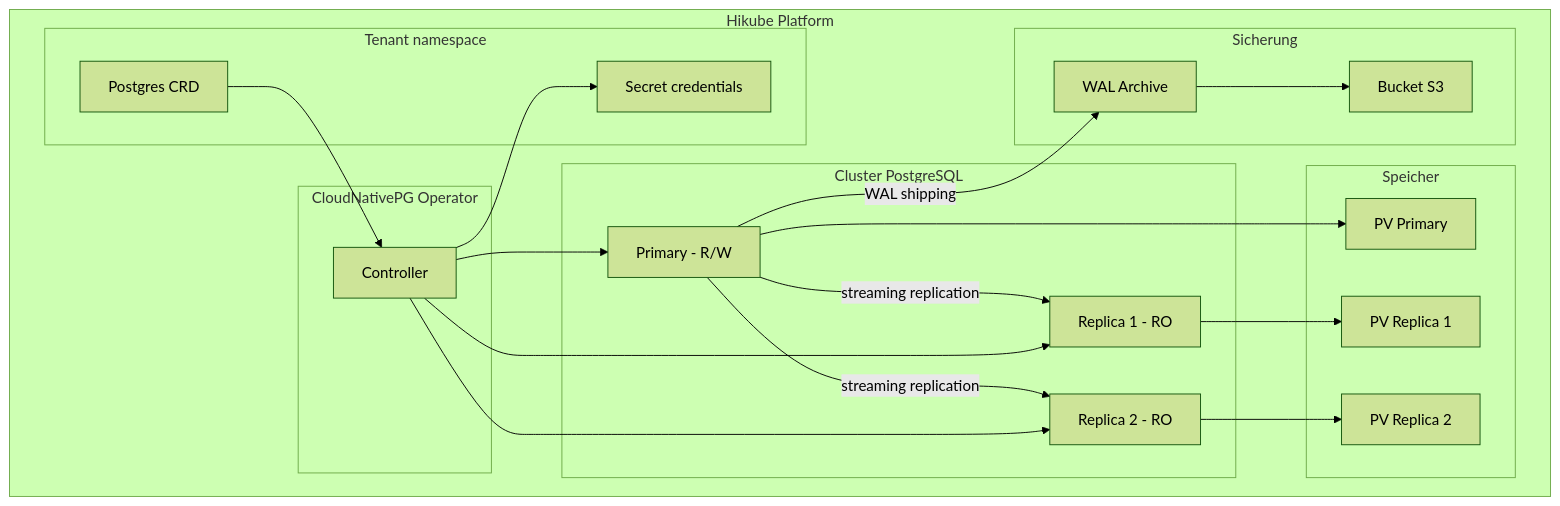
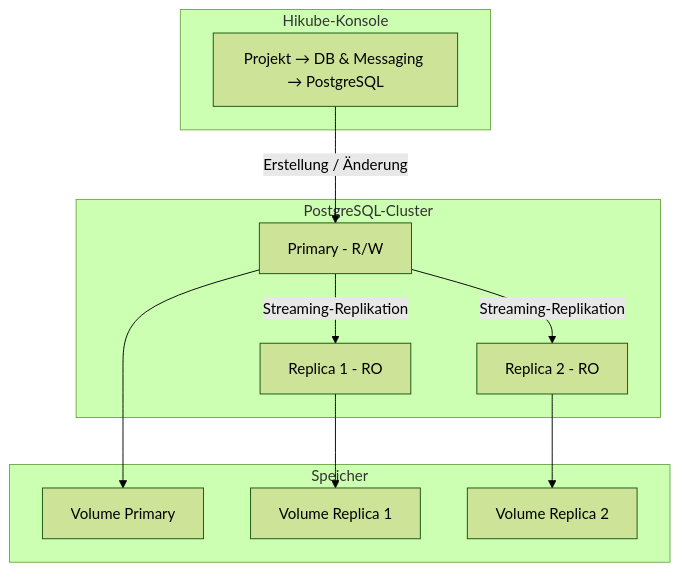
Before and after one commit to HidoraSwiss/hikube-public-doc: the first of 2 diagrams in i18n/de/docusaurus-plugin-content-docs/current/services/databases/postgresql/concepts.md, drawn with Mermaid (forest theme). The commit also changed other lines of this file and 148 other files, not shown here.

````diff
--- a/i18n/de/docusaurus-plugin-content-docs/current/services/databases/postgresql/concepts.md
+++ b/i18n/de/docusaurus-plugin-content-docs/current/services/databases/postgresql/concepts.md
@@ -12,43 +12,25 @@
 ```mermaid
 graph TB
-    subgraph "Hikube Platform"
-        subgraph "Tenant namespace"
-            CR[Postgres CRD]
-            SEC[Secret credentials]
-        end
-
-        subgraph "CloudNativePG Operator"
-            OP[Controller]
-        end
-
-        subgraph "Cluster PostgreSQL"
-            P[Primary - R/W]
-            R1[Replica 1 - RO]
-            R2[Replica 2 - RO]
-        end
-
-        subgraph "Speicher"
-            PV1[PV Primary]
-            PV2[PV Replica 1]
-            PV3[PV Replica 2]
-        end
-
-        subgraph "Sicherung"
-            S3[Bucket S3]
-            WAL[WAL Archive]
-        end
+    subgraph "Hikube-Konsole"
+        UI[Projekt → DB & Messaging → PostgreSQL]
     end
 
-    CR --> OP
-    OP --> P
-    OP --> R1
-    OP --> R2
-    P -->|streaming replication| R1
-    P -->|streaming replication| R2
+    subgraph "PostgreSQL-Cluster"
+        P[Primary - R/W]
+        R1[Replica 1 - RO]
+        R2[Replica 2 - RO]
+    end
+
+    subgraph "Speicher"
+        PV1[Volume Primary]
+        PV2[Volume Replica 1]
+        PV3[Volume Replica 2]
+    end
+
+    UI -->|Erstellung / Änderung| P
+    P -->|Streaming-Replikation| R1
+    P -->|Streaming-Replikation| R2
     P --> PV1
     R1 --> PV2
     R2 --> PV3
-    P -->|WAL shipping| WAL
-    WAL --> S3
-    OP --> SEC
 ```
````
